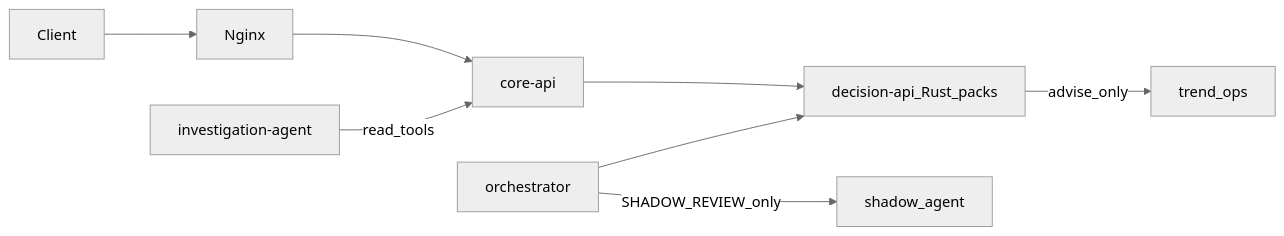
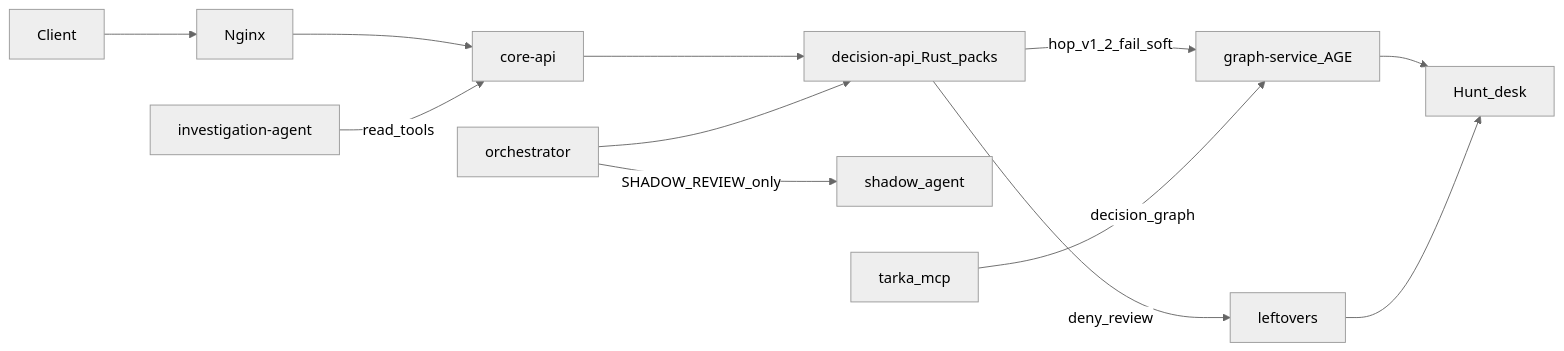
The diagram in docs/docs/architecture.md (pamu512/tarka), drawn with Mermaid (neutral theme) before and after one commit. The commit also changed other lines of this file and 3 other files, not shown here.

First line of the commit message:
docs: redraw evaluate hop and architecture mermaid after August PRs

````diff
--- a/docs/docs/architecture.md
+++ b/docs/docs/architecture.md
@@ -11,9 +11,13 @@
 ```mermaid
 flowchart LR
   Client --> Nginx --> CoreAPI[core-api]
   CoreAPI --> Decide[decision-api_Rust_packs]
+  Decide -->|hop_v1_2_fail_soft| Graph[graph-service_AGE]
+  Decide -->|deny_review| Left[leftovers]
+  Graph --> Hunt[Hunt_desk]
+  Left --> Hunt
   Orch[orchestrator] --> Decide
   Orch -->|SHADOW_REVIEW_only| Shadow[shadow_agent]
-  Decide -->|advise_only| Trend[trend_ops]
   Invest[investigation-agent] -->|read_tools| CoreAPI
+  MCP[tarka_mcp] -->|decision_graph| Graph
 ```
````
